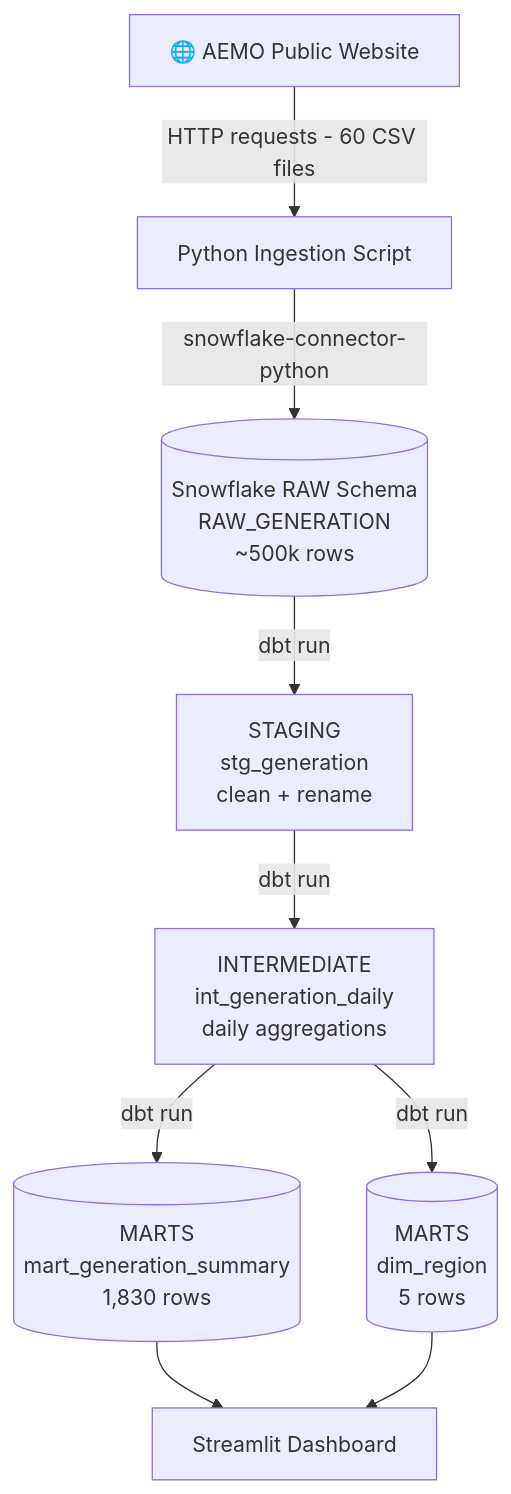
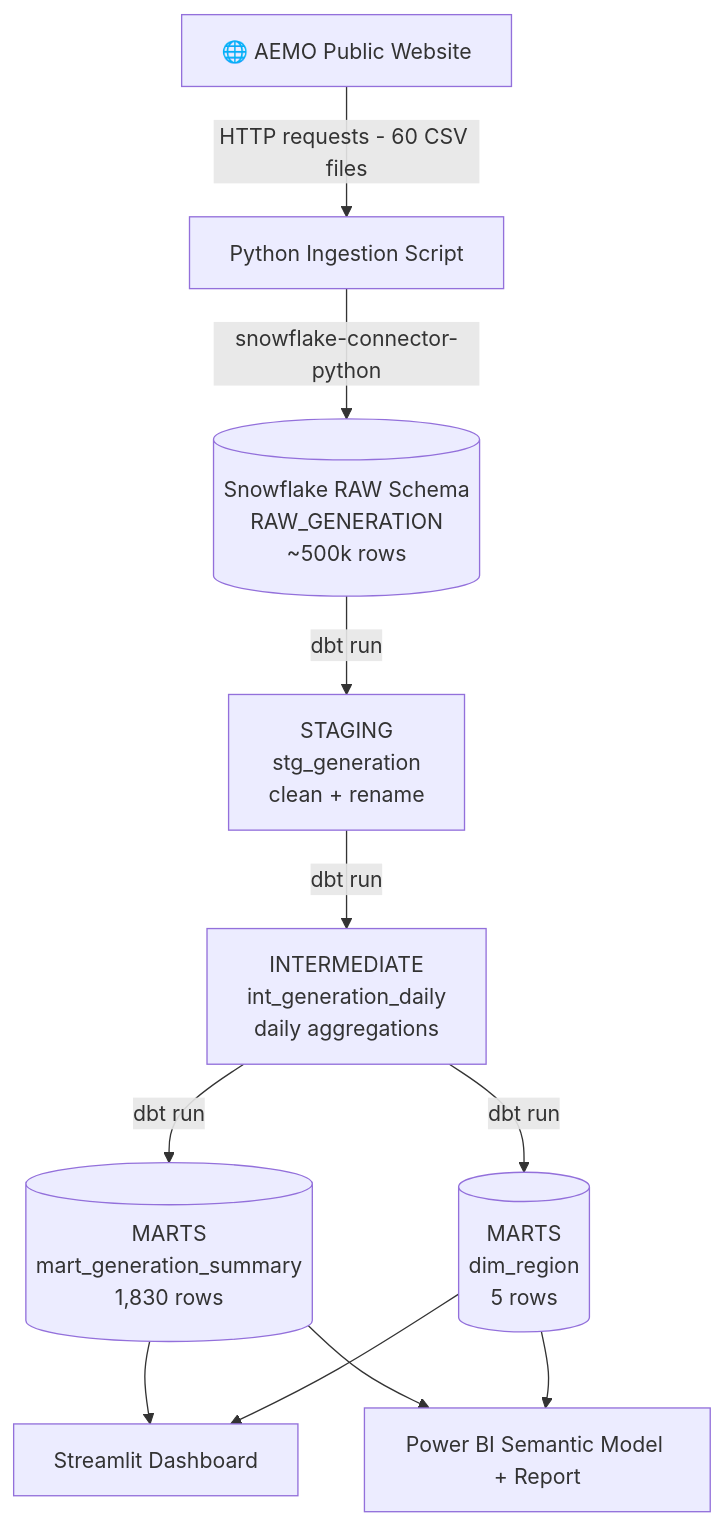
One commit to thesavinkanagar/aemo-energy-analytics changed the first of 2 diagrams in README.md. Above: the diagram before and after it, drawn with Mermaid. The commit also changed other lines of this file and 1 other file, not shown here.

Commit message:
docs: update README with Power BI section and SA spotlight screenshot

````diff
--- a/README.md
+++ b/README.md
@@ -19,11 +20,13 @@
 ```mermaid
 flowchart TD
     A[🌐 AEMO Public Website] -->|HTTP requests - 60 CSV files| B[Python Ingestion Script]
     B -->|snowflake-connector-python| C[(Snowflake RAW Schema\nRAW_GENERATION\n~500k rows)]
     C -->|dbt run| D[STAGING\nstg_generation\nclean + rename]
     D -->|dbt run| E[INTERMEDIATE\nint_generation_daily\ndaily aggregations]
     E -->|dbt run| F[(MARTS\nmart_generation_summary\n1,830 rows)]
     E -->|dbt run| G[(MARTS\ndim_region\n5 rows)]
     F --> H[Streamlit Dashboard]
     G --> H
+    F --> I[Power BI Semantic Model + Report]
+    G --> I
 ```
````
